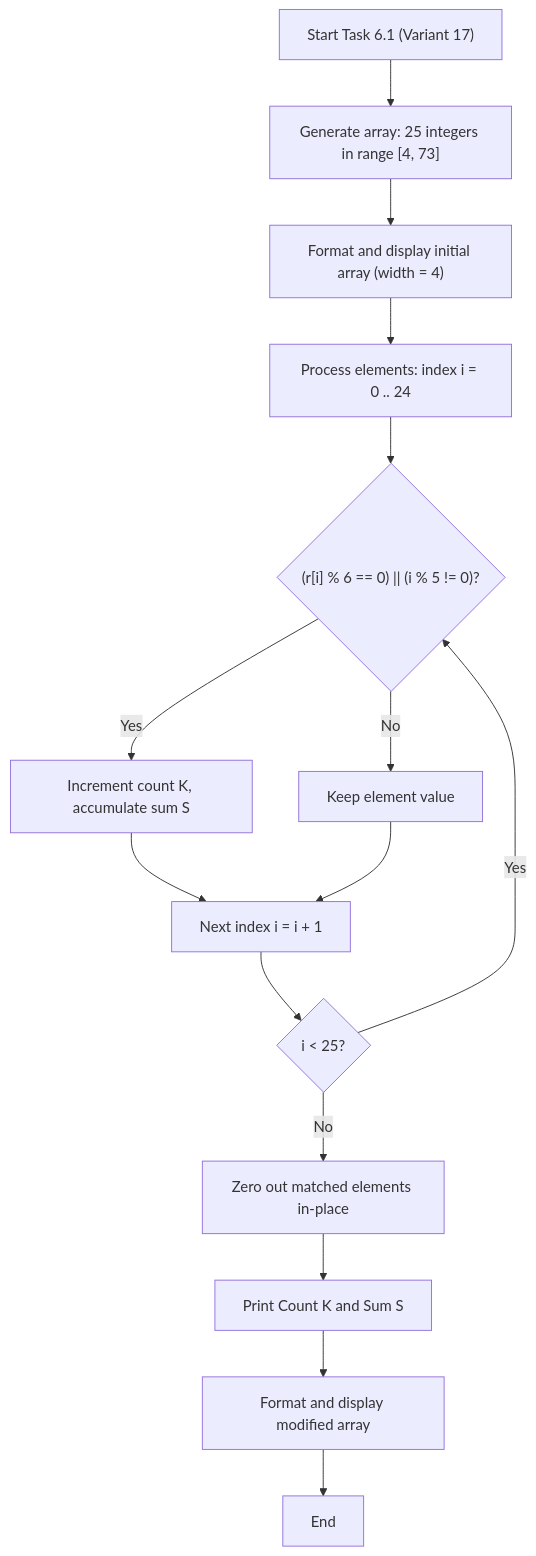
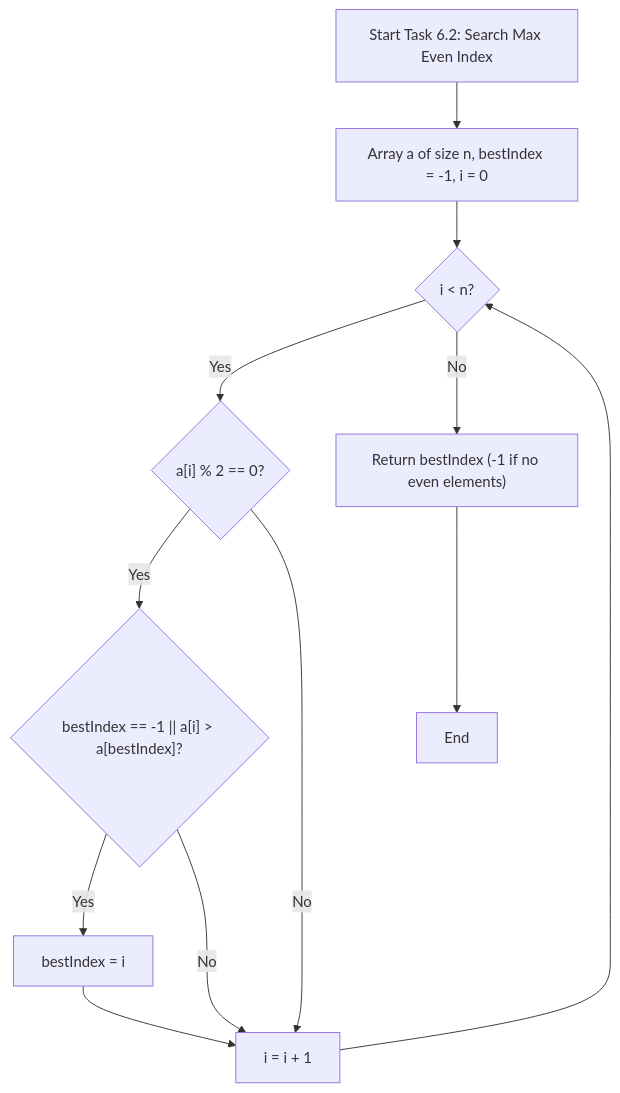
Before and after one commit to lviv-polytech/alg-java-labs: the first of 3 diagrams in lb6/README.md, drawn with Mermaid. The commit also changed other lines of this file and 3 other files, not shown here.

Commit message:
feat(lab-06): implement task 6.2 maximum even element search for variant 17

````diff
--- a/lb6/README.md
+++ b/lb6/README.md
@@ -33,17 +41,14 @@
 ```mermaid
 flowchart TD
-    Start["Start Task 6.1 (Variant 17)"] --> Gen["Generate array: 25 integers in range [4, 73]"]
-    Gen --> PrintInit["Format and display initial array (width = 4)"]
-    PrintInit --> Process["Process elements: index i = 0 .. 24"]
-    Process --> Check{"(r[i] % 6 == 0) || (i % 5 != 0)?"}
-    Check -- "Yes" --> MatchAction["Increment count K, accumulate sum S"]
-    Check -- "No" --> Keep["Keep element value"]
-    MatchAction --> Step["Next index i = i + 1"]
-    Keep --> Step
-    Step --> HasMore{"i < 25?"}
-    HasMore -- "Yes" --> Check
-    HasMore -- "No" --> ZeroPhase["Zero out matched elements in-place"]
-    ZeroPhase --> DisplayStats["Print Count K and Sum S"]
-    DisplayStats --> PrintMod["Format and display modified array"]
-    PrintMod --> Finish["End"]
+    Start["Start Task 6.2: Search Max Even Index"] --> Init["Array a of size n, bestIndex = -1, i = 0"]
+    Init --> CheckEnd{"i < n?"}
+    CheckEnd -- "Yes" --> CheckEven{"a[i] % 2 == 0?"}
+    CheckEven -- "Yes" --> CheckGreater{"bestIndex == -1 || a[i] > a[bestIndex]?"}
+    CheckGreater -- "Yes" --> UpdateBest["bestIndex = i"]
+    CheckGreater -- "No" --> NextIdx["i = i + 1"]
+    CheckEven -- "No" --> NextIdx
+    UpdateBest --> NextIdx
+    NextIdx --> CheckEnd
+    CheckEnd -- "No" --> Return["Return bestIndex (-1 if no even elements)"]
+    Return --> Finish["End"]
 ```
````
